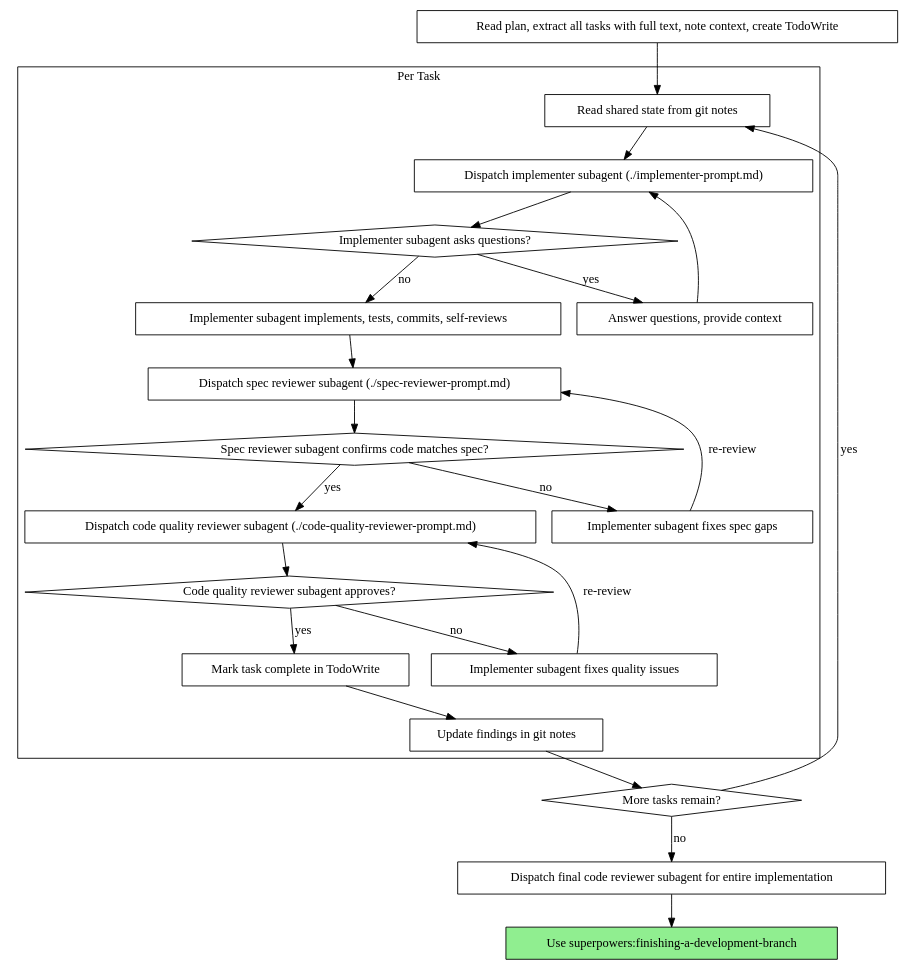
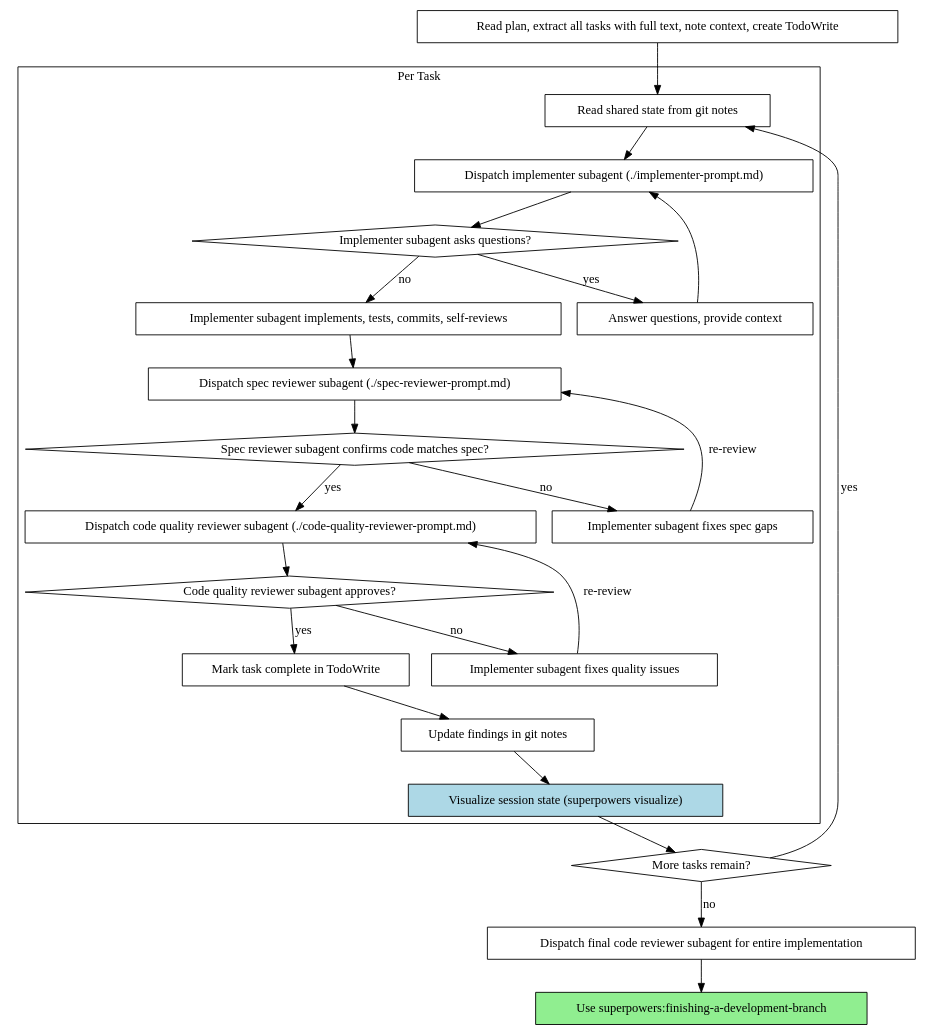
Before and after one commit to obra/superpowers: the second of 2 diagrams in skills/subagent-driven-development/SKILL.md, drawn with Graphviz. The commit also changed other lines of this file and 1 other file, not shown here.

Commit message:
feat: integrate reactive dashboard into subagent workflow

````diff
--- a/skills/subagent-driven-development/SKILL.md
+++ b/skills/subagent-driven-development/SKILL.md
@@ -41,48 +41,50 @@
 ```dot
 digraph process {
     rankdir=TB;
 
     subgraph cluster_per_task {
         label="Per Task";
         "Read shared state from git notes" [shape=box];
         "Dispatch implementer subagent (./implementer-prompt.md)" [shape=box];
         "Implementer subagent asks questions?" [shape=diamond];
         "Answer questions, provide context" [shape=box];
         "Implementer subagent implements, tests, commits, self-reviews" [shape=box];
         "Dispatch spec reviewer subagent (./spec-reviewer-prompt.md)" [shape=box];
         "Spec reviewer subagent confirms code matches spec?" [shape=diamond];
         "Implementer subagent fixes spec gaps" [shape=box];
         "Dispatch code quality reviewer subagent (./code-quality-reviewer-prompt.md)" [shape=box];
         "Code quality reviewer subagent approves?" [shape=diamond];
         "Implementer subagent fixes quality issues" [shape=box];
         "Mark task complete in TodoWrite" [shape=box];
         "Update findings in git notes" [shape=box];
+        "Visualize session state (superpowers visualize)" [shape=box style=filled fillcolor=lightblue];
     }
 
     "Read plan, extract all tasks with full text, note context, create TodoWrite" [shape=box];
     "More tasks remain?" [shape=diamond];
     "Dispatch final code reviewer subagent for entire implementation" [shape=box];
     "Use superpowers:finishing-a-development-branch" [shape=box style=filled fillcolor=lightgreen];
 
     "Read plan, extract all tasks with full text, note context, create TodoWrite" -> "Read shared state from git notes";
     "Read shared state from git notes" -> "Dispatch implementer subagent (./implementer-prompt.md)";
     "Dispatch implementer subagent (./implementer-prompt.md)" -> "Implementer subagent asks questions?";
     "Implementer subagent asks questions?" -> "Answer questions, provide context" [label="yes"];
     "Answer questions, provide context" -> "Dispatch implementer subagent (./implementer-prompt.md)";
     "Implementer subagent asks questions?" -> "Implementer subagent implements, tests, commits, self-reviews" [label="no"];
     "Implementer subagent implements, tests, commits, self-reviews" -> "Dispatch spec reviewer subagent (./spec-reviewer-prompt.md)";
     "Dispatch spec reviewer subagent (./spec-reviewer-prompt.md)" -> "Spec reviewer subagent confirms code matches spec?";
     "Spec reviewer subagent confirms code matches spec?" -> "Implementer subagent fixes spec gaps" [label="no"];
     "Implementer subagent fixes spec gaps" -> "Dispatch spec reviewer subagent (./spec-reviewer-prompt.md)" [label="re-review"];
     "Spec reviewer subagent confirms code matches spec?" -> "Dispatch code quality reviewer subagent (./code-quality-reviewer-prompt.md)" [label="yes"];
     "Dispatch code quality reviewer subagent (./code-quality-reviewer-prompt.md)" -> "Code quality reviewer subagent approves?";
     "Code quality reviewer subagent approves?" -> "Implementer subagent fixes quality issues" [label="no"];
     "Implementer subagent fixes quality issues" -> "Dispatch code quality reviewer subagent (./code-quality-reviewer-prompt.md)" [label="re-review"];
     "Code quality reviewer subagent approves?" -> "Mark task complete in TodoWrite" [label="yes"];
     "Mark task complete in TodoWrite" -> "Update findings in git notes";
-    "Update findings in git notes" -> "More tasks remain?";
+    "Update findings in git notes" -> "Visualize session state (superpowers visualize)";
+    "Visualize session state (superpowers visualize)" -> "More tasks remain?";
     "More tasks remain?" -> "Read shared state from git notes" [label="yes"];
     "More tasks remain?" -> "Dispatch final code reviewer subagent for entire implementation" [label="no"];
     "Dispatch final code reviewer subagent for entire implementation" -> "Use superpowers:finishing-a-development-branch";
 }
 ```
````
